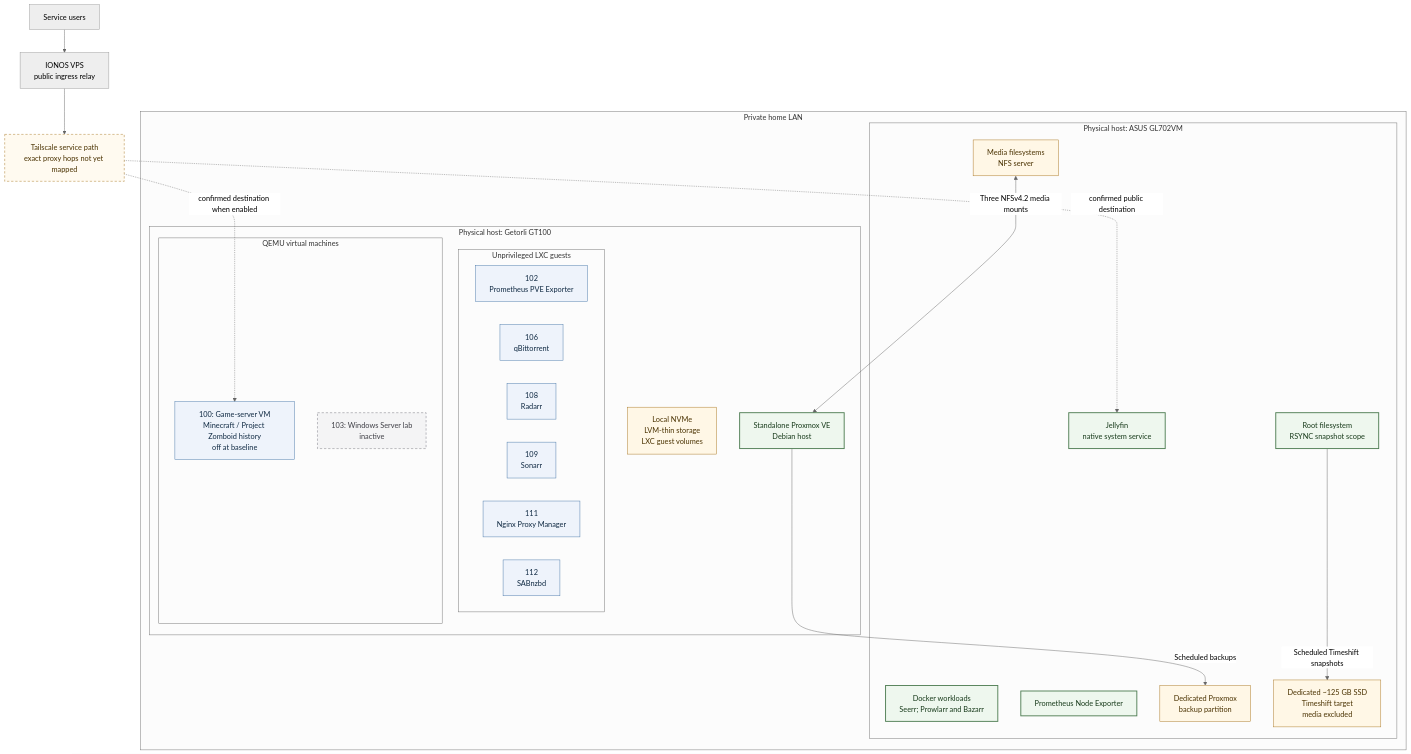
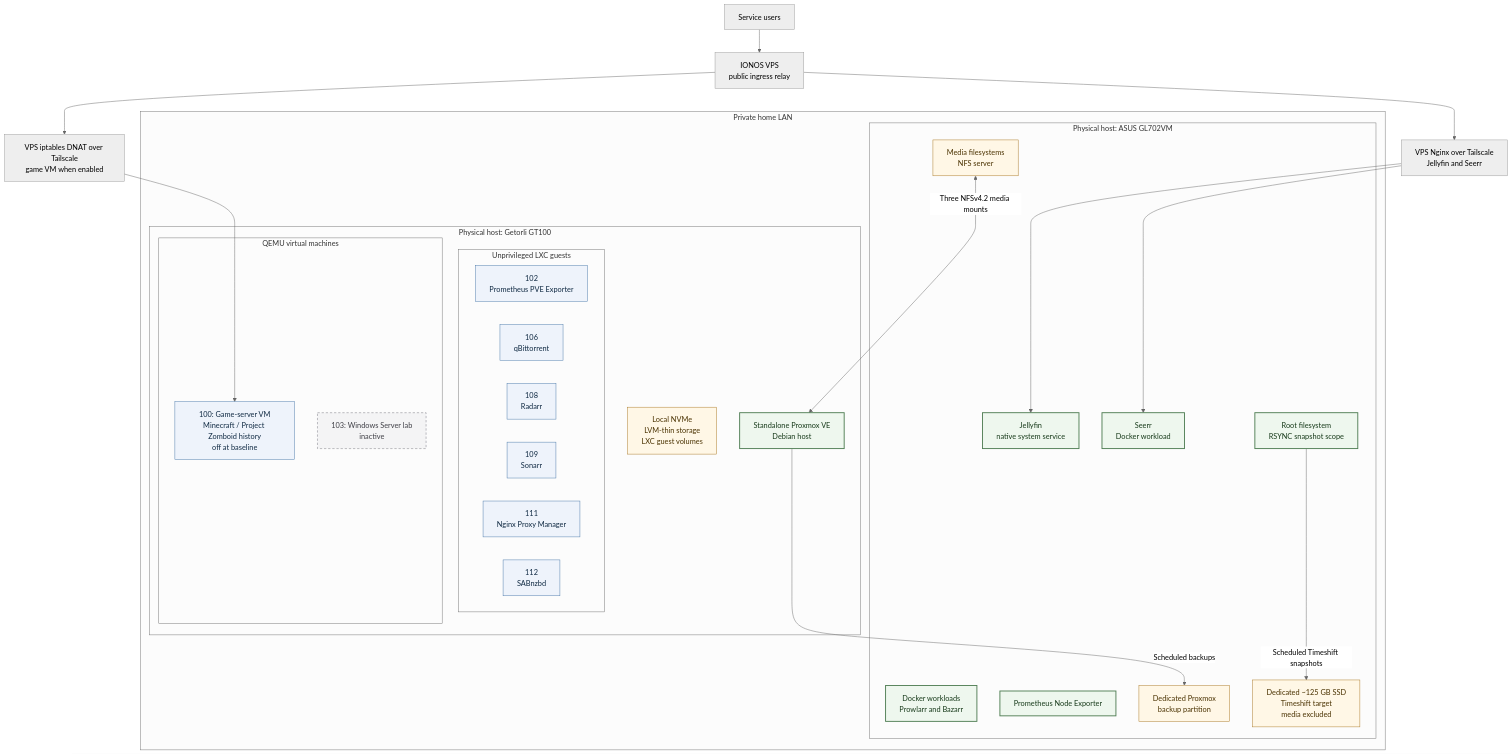
One commit to PCEWLKR/homeserver-infrastructure changed the diagram in architecture/overview.md. Above: the diagram before and after it, drawn with Mermaid (neutral theme). The commit also changed other lines of this file and 6 other files, not shown here.

````diff
--- a/architecture/overview.md
+++ b/architecture/overview.md
@@ -11,59 +11,60 @@
 ```mermaid
 flowchart TB
     USERS["Service users"]
     VPS["IONOS VPS<br/>public ingress relay"]
-    PUBPATH["Tailscale service path<br/>exact proxy hops not yet mapped"]
+    WEBPATH["VPS Nginx over Tailscale<br/>Jellyfin and Seerr"]
+    GAMEPATH["VPS iptables DNAT over Tailscale<br/>game VM when enabled"]
 
     subgraph LAN["Private home LAN"]
         subgraph PVE["Physical host: Getorli GT100"]
             PVEHOST["Standalone Proxmox VE<br/>Debian host"]
 
             subgraph LXCS["Unprivileged LXC guests"]
                 L102["102<br/>Prometheus PVE Exporter"]
                 L106["106<br/>qBittorrent"]
                 L108["108<br/>Radarr"]
                 L109["109<br/>Sonarr"]
                 L111["111<br/>Nginx Proxy Manager"]
                 L112["112<br/>SABnzbd"]
             end
 
             subgraph VMS["QEMU virtual machines"]
                 VM100["100: Game-server VM<br/>Minecraft / Project Zomboid history<br/>off at baseline"]
                 VM103["103: Windows Server lab<br/>inactive"]
             end
 
             PVELOCAL["Local NVMe<br/>LVM-thin storage<br/>LXC guest volumes"]
         end
 
         subgraph JHOST["Physical host: ASUS GL702VM"]
             JELLY["Jellyfin<br/>native system service"]
+            SEERR["Seerr<br/>Docker workload"]
             JDATA["Root filesystem<br/>RSYNC snapshot scope"]
-            DOCKER["Docker workloads<br/>Seerr; Prowlarr and Bazarr"]
+            DOCKER["Docker workloads<br/>Prowlarr and Bazarr"]
             NFS["Media filesystems<br/>NFS server"]
             NODE["Prometheus Node Exporter"]
             BACKUP["Dedicated Proxmox<br/>backup partition"]
             TSBACKUP["Dedicated ~125 GB SSD<br/>Timeshift target<br/>media excluded"]
         end
     end
 
     USERS --> VPS
-    VPS --> PUBPATH
-    PUBPATH -.->|"confirmed public destination"| JELLY
-    PUBPATH -.->|"confirmed destination when enabled"| VM100
+    VPS --> WEBPATH --> JELLY
+    WEBPATH --> SEERR
+    VPS --> GAMEPATH --> VM100
 
     NFS <-->|"Three NFSv4.2 media mounts"| PVEHOST
     PVEHOST -->|"Scheduled backups"| BACKUP
     JDATA -->|"Scheduled Timeshift snapshots"| TSBACKUP
 
     classDef physical fill:#eef7ee,stroke:#4f7d53,stroke-width:2px,color:#173a1a;
     classDef virtual fill:#eef3fb,stroke:#4777a8,color:#102a43;
     classDef storage fill:#fff7e6,stroke:#a87520,color:#4a3200;
     classDef inactive fill:#f4f4f5,stroke:#71717a,color:#3f3f46,stroke-dasharray:5 4;
     classDef not_yet_mapped fill:#fffaf0,stroke:#a87520,color:#4a3200,stroke-dasharray:5 4;
 
-    class PVEHOST,JELLY,JDATA,DOCKER,NODE physical;
+    class PVEHOST,JELLY,SEERR,JDATA,DOCKER,NODE physical;
     class L102,L106,L108,L109,L111,L112,VM100 virtual;
     class VM103 inactive;
-    class PUBPATH not_yet_mapped;
     class PVELOCAL,NFS,BACKUP,TSBACKUP storage;
 ```
````
